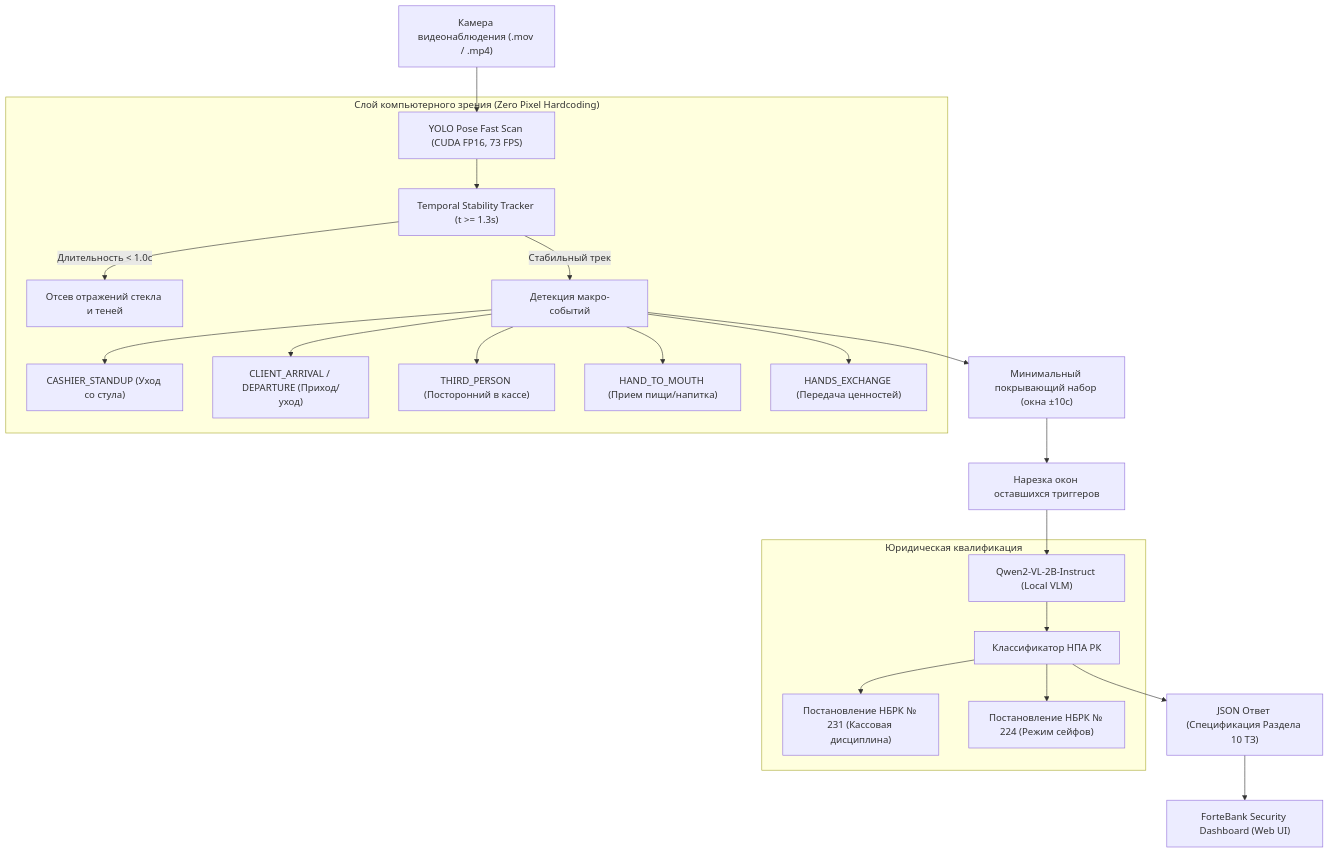
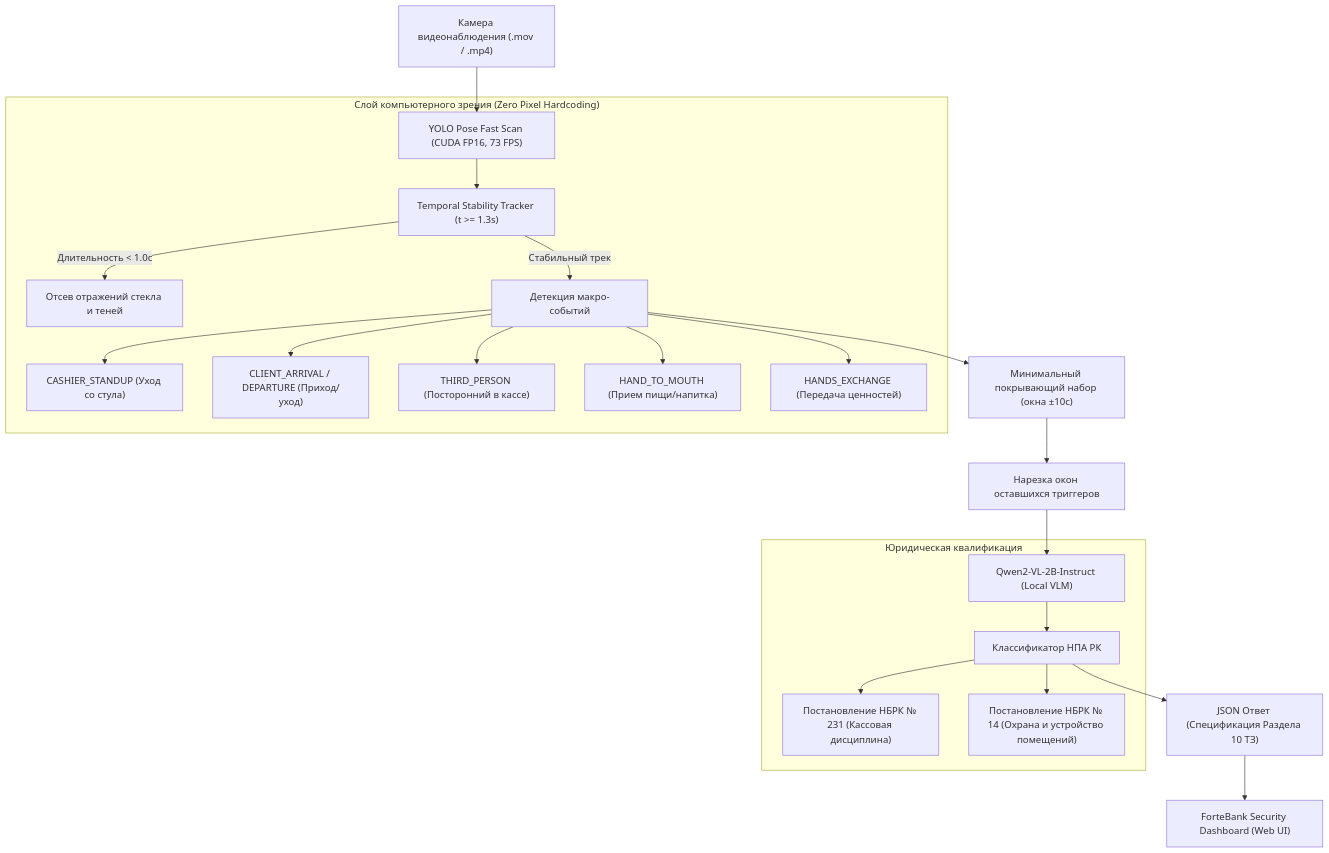
One commit to yerarassyl/fortebank-cashdesk-ai changed the diagram in README.md. Above: the diagram before and after it, drawn with Mermaid. The commit also changed other lines of this file and 4 other files, not shown here.

````diff
--- a/README.md
+++ b/README.md
@@ -57,28 +57,28 @@
 ```mermaid
 flowchart TD
     VideoInput["Камера видеонаблюдения (.mov / .mp4)"] --> CVScan["YOLO Pose Fast Scan (CUDA FP16, 73 FPS)"]
     
     subgraph CV["Слой компьютерного зрения (Zero Pixel Hardcoding)"]
         CVScan --> Tracker["Temporal Stability Tracker (t >= 1.3s)"]
         Tracker -- "Длительность < 1.0с" --> DropNoise["Отсев отражений стекла и теней"]
         Tracker -- "Стабильный трек" --> MacroEvents["Детекция макро-событий"]
         MacroEvents --> Trig1["CASHIER_STANDUP (Уход со стула)"]
         MacroEvents --> Trig2["CLIENT_ARRIVAL / DEPARTURE (Приход/уход)"]
         MacroEvents --> Trig3["THIRD_PERSON (Посторонний в кассе)"]
         MacroEvents --> Trig4["HAND_TO_MOUTH (Прием пищи/напитка)"]
         MacroEvents --> Trig5["HANDS_EXCHANGE (Передача ценностей)"]
     end
     
     MacroEvents --> CoverSelect["Минимальный покрывающий набор (окна ±10с)"]
     CoverSelect --> TriggerWindow["Нарезка окон оставшихся триггеров"]
     TriggerWindow --> VLM["Qwen2-VL-2B-Instruct (Local VLM)"]
     
     subgraph Legal["Юридическая квалификация"]
         VLM --> LegalClassifier["Классификатор НПА РК"]
         LegalClassifier --> NBRK231["Постановление НБРК № 231 (Кассовая дисциплина)"]
-        LegalClassifier --> NBRK224["Постановление НБРК № 224 (Режим сейфов)"]
+        LegalClassifier --> NBRK14["Постановление НБРК № 14 (Охрана и устройство помещений)"]
     end
     
     LegalClassifier --> JSON["JSON Ответ (Спецификация Раздела 10 ТЗ)"]
     JSON --> WebUI["ForteBank Security Dashboard (Web UI)"]
 ```
````
